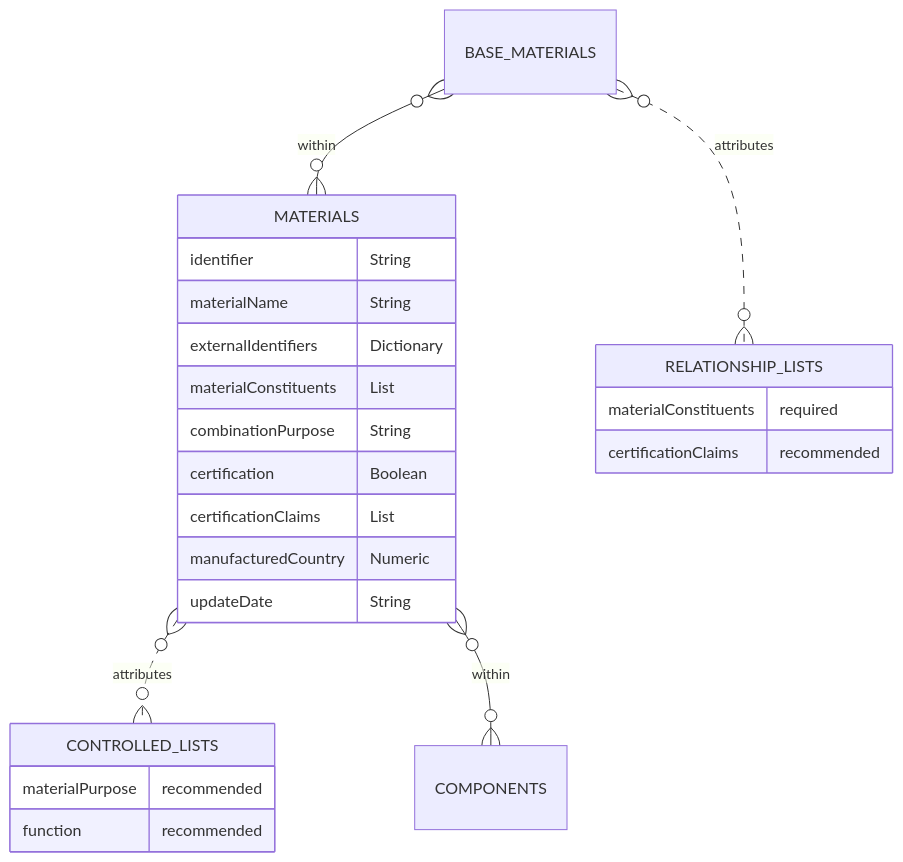
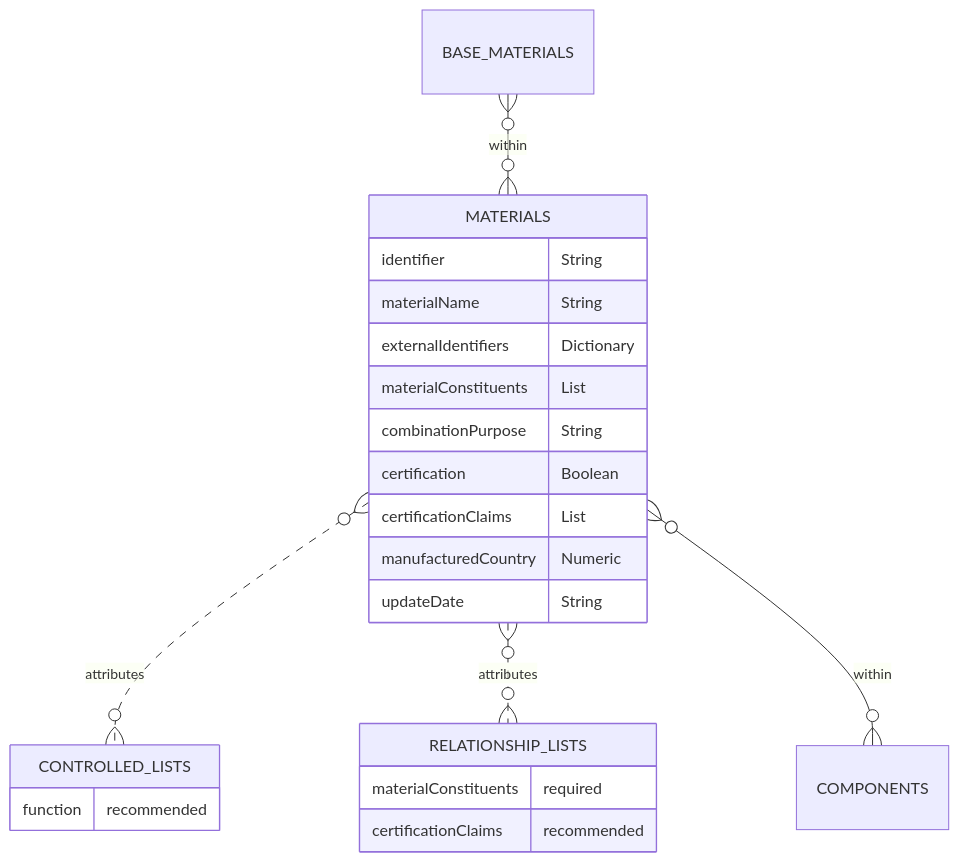
The diagram in docs/3_Data_Specification/3_2_Materials.md (OpenDataManchester/Open3P), drawn with Mermaid before and after one commit. The commit also changed other lines of this file, not shown here.

Commit message:
Material Fix

````diff
--- a/docs/3_Data_Specification/3_2_Materials.md
+++ b/docs/3_Data_Specification/3_2_Materials.md
@@ -26,26 +26,25 @@
 ``` mermaid
 erDiagram
 BASE_MATERIALS }o--o{ MATERIALS : within
   MATERIALS {
     identifier String
     materialName String
     externalIdentifiers Dictionary
     materialConstituents List
     combinationPurpose String
     certification Boolean
     certificationClaims List
     manufacturedCountry Numeric
     updateDate String
   }
   MATERIALS }o..o{ CONTROLLED_LISTS : attributes
-  BASE_MATERIALS }o..o{ RELATIONSHIP_LISTS : attributes
+  MATERIALS }o..o{ RELATIONSHIP_LISTS : attributes
   MATERIALS }o--o{ COMPONENTS : within
         CONTROLLED_LISTS {
-    materialPurpose recommended
     function recommended
     }
         RELATIONSHIP_LISTS {
     materialConstituents required
     certificationClaims recommended
       }
 ```
````
